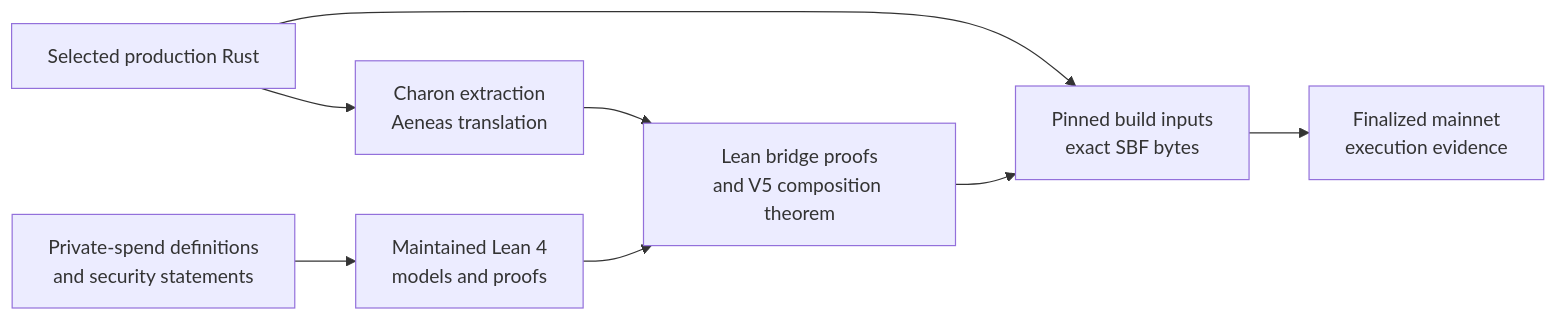
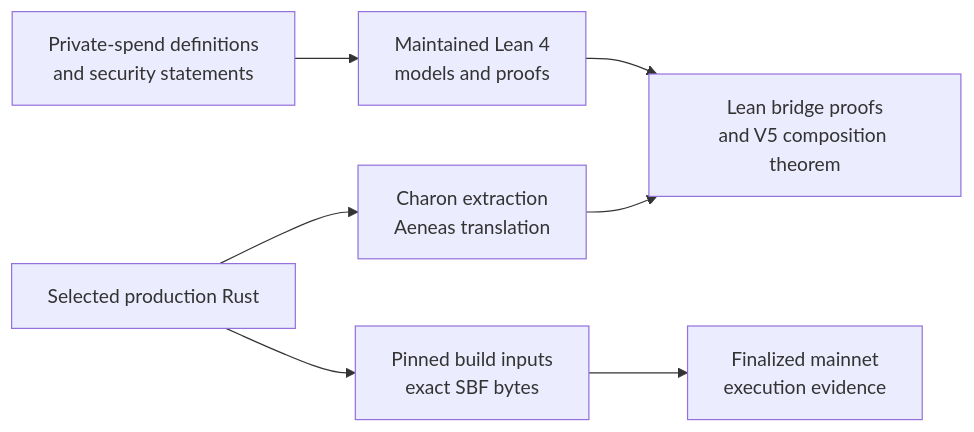
Before and after one commit to DJBarker87/aspis: the diagram in docs/formal-verification.md, drawn with Mermaid. The commit also changed other lines of this file and 14 other files, not shown here.

````diff
--- a/docs/formal-verification.md
+++ b/docs/formal-verification.md
@@ -7,18 +7,17 @@
 ```mermaid
 flowchart LR
     D["Private-spend definitions<br/>and security statements"]
     L["Maintained Lean 4<br/>models and proofs"]
     R["Selected production Rust"]
     T["Charon extraction<br/>Aeneas translation"]
     P["Lean bridge proofs<br/>and V5 composition theorem"]
     B["Pinned build inputs<br/>exact SBF bytes"]
     X["Finalized mainnet<br/>execution evidence"]
 
     D --> L
     R --> T
     T --> P
     L --> P
     R --> B
-    P --> B
     B --> X
 ```
````
